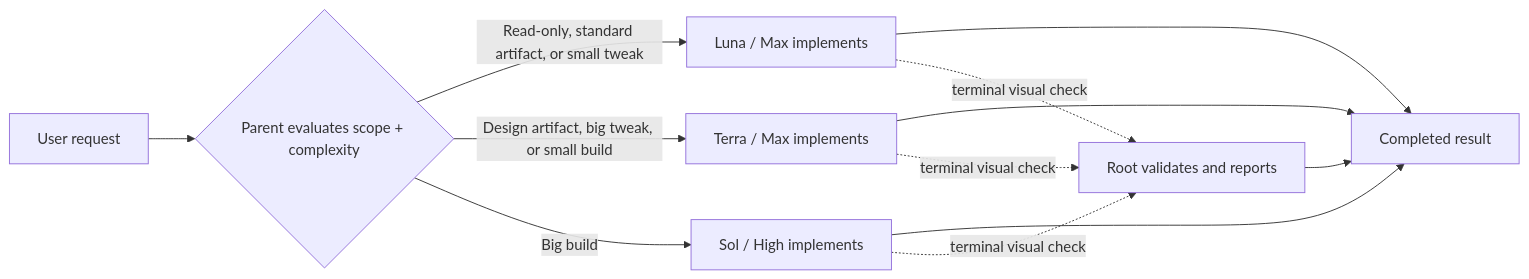
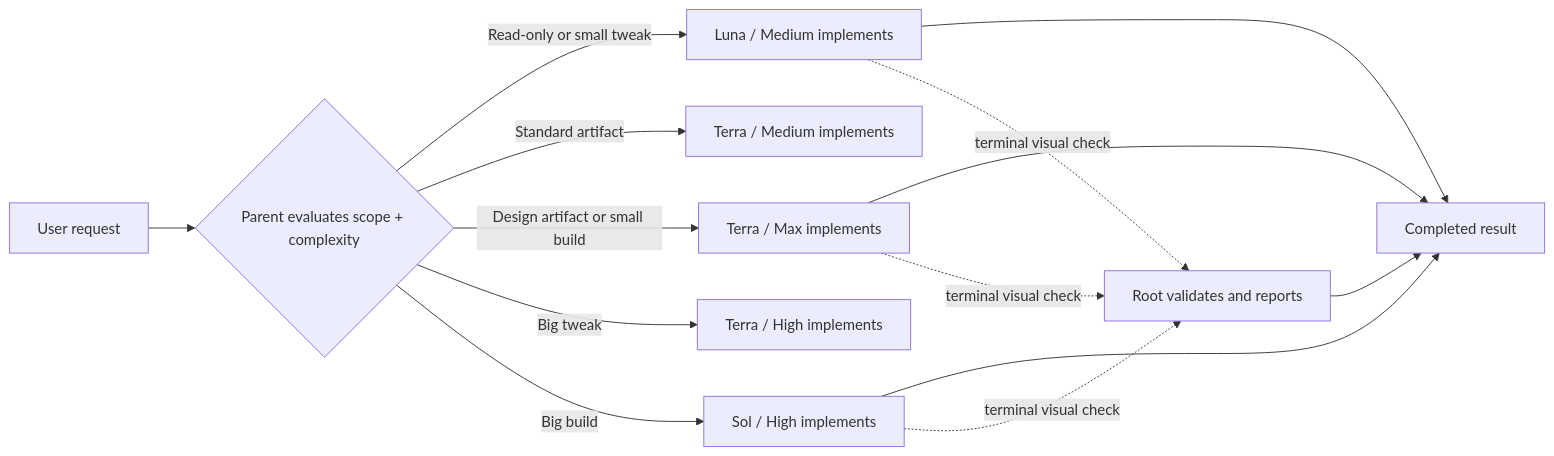
Before and after one commit to jessejaffe/codex-orchestration: the diagram in README.md, drawn with Mermaid. The commit also changed other lines of this file and 11 other files, not shown here.

````diff
--- a/README.md
+++ b/README.md
@@ -21,14 +21,16 @@
 ```mermaid
 flowchart LR
     U["User request"] --> R{"Parent evaluates scope + complexity"}
-    R -->|"Read-only, standard artifact, or small tweak"| L["Luna / Max implements"]
-    R -->|"Design artifact, big tweak, or small build"| T["Terra / Max implements"]
+    R -->|"Read-only or small tweak"| L["Luna / Medium implements"]
+    R -->|"Standard artifact"| TM["Terra / Medium implements"]
+    R -->|"Design artifact or small build"| T["Terra / Max implements"]
+    R -->|"Big tweak"| TH["Terra / High implements"]
     R -->|"Big build"| S["Sol / High implements"]
     L --> D["Completed result"]
     T --> D
     S --> D
     L -. "terminal visual check" .-> V["Root validates and reports"]
     T -. "terminal visual check" .-> V
     S -. "terminal visual check" .-> V
     V --> D
 ```
````
